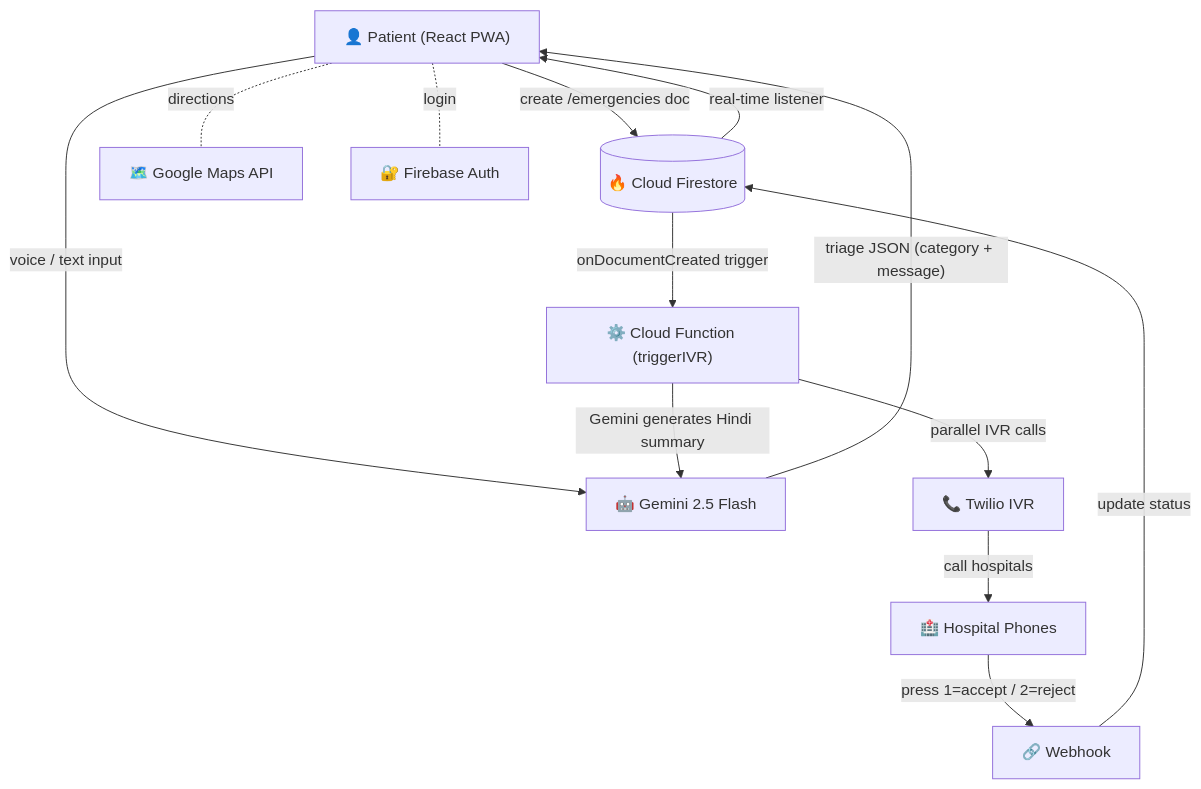
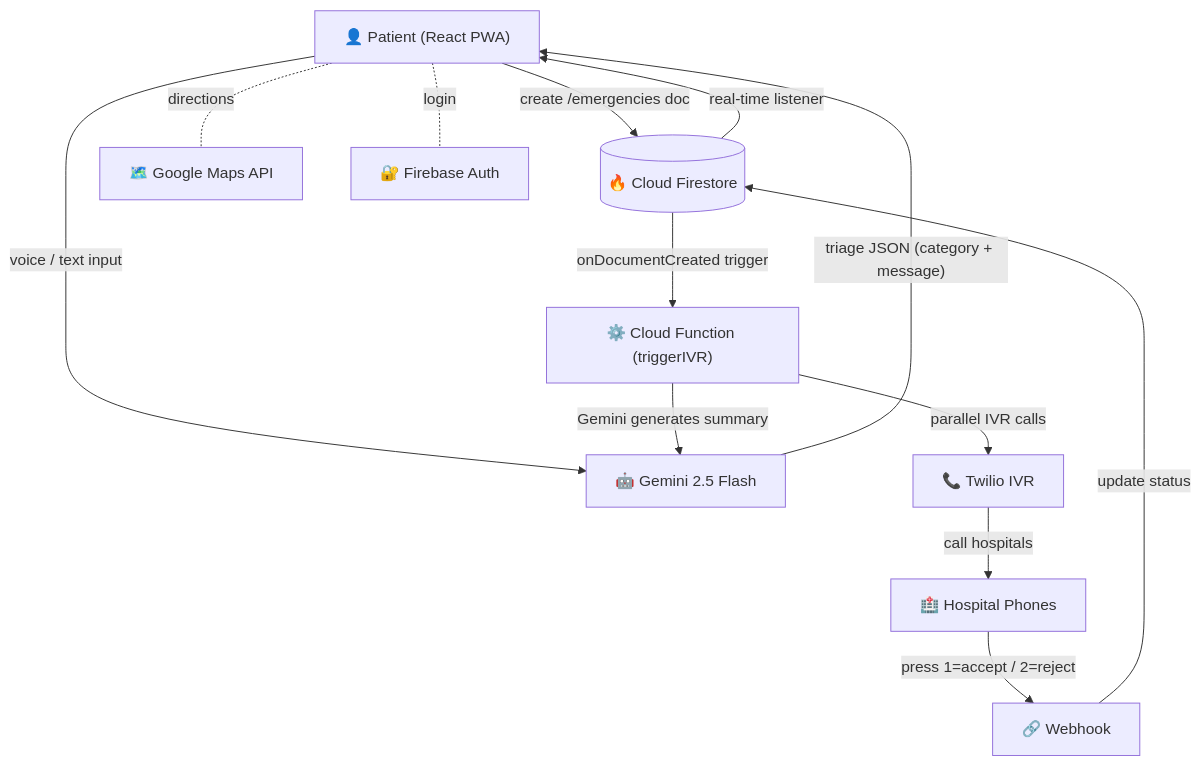
One commit to izhandurrani/mediconnect-prototype changed the diagram in README.md. Above: the diagram before and after it, drawn with Mermaid.

Commit message:
Update README diagram text

````diff
--- a/README.md
+++ b/README.md
@@ -11,17 +11,17 @@
 ```mermaid
 flowchart TD
     A["👤 Patient (React PWA)"] -->|"voice / text input"| B["🤖 Gemini 2.5 Flash"]
     B -->|"triage JSON (category + message)"| A
 
     A -->|"create /emergencies doc"| C[("🔥 Cloud Firestore")]
     C -->|"onDocumentCreated trigger"| D["⚙️ Cloud Function (triggerIVR)"]
-    D -->|"Gemini generates Hindi summary"| B
+    D -->|"Gemini generates summary"| B
     D -->|"parallel IVR calls"| E["📞 Twilio IVR"]
     E -->|"call hospitals"| F["🏥 Hospital Phones"]
     F -->|"press 1=accept / 2=reject"| G["🔗 Webhook"]
     G -->|"update status"| C
     C -->|"real-time listener"| A
 
     A -.-|"directions"| H["🗺️ Google Maps API"]
     A -.-|"login"| I["🔐 Firebase Auth"]
 ```
````
